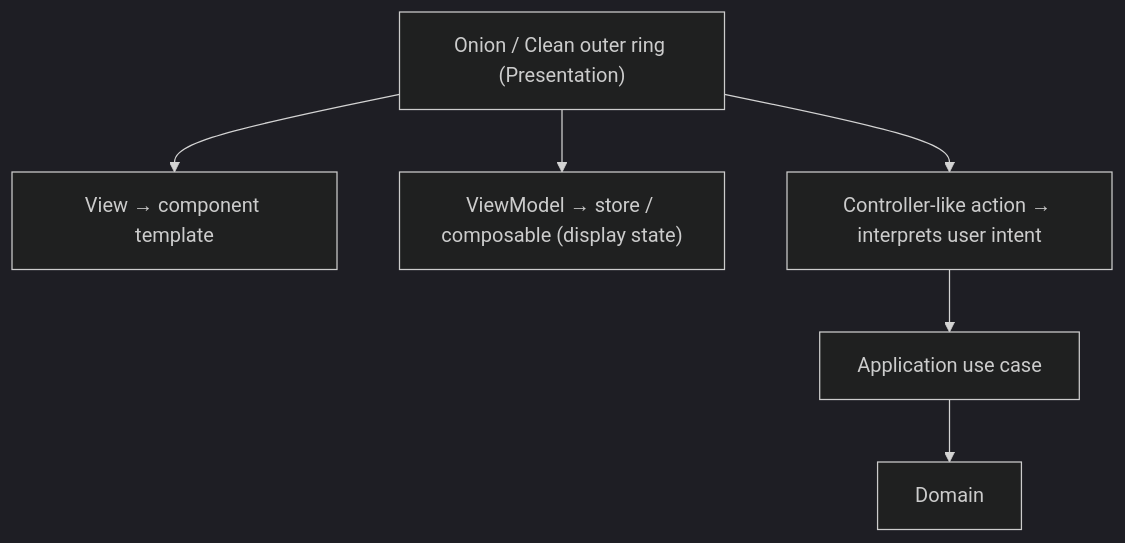
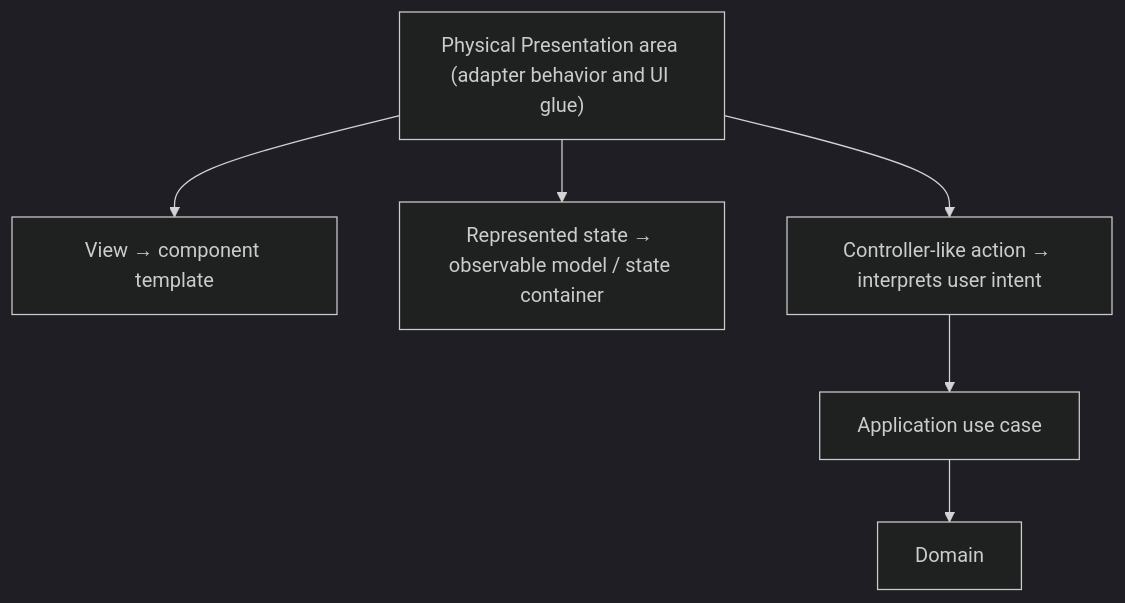
The second of 2 diagrams in model-view-controller/3-mvc-on-the-frontend.md (AndresTaoFlorez/software-architecture), drawn with Mermaid (dark theme) before and after one commit. The commit also changed other lines of this file and 12 other files, not shown here.

````diff
--- a/model-view-controller/3-mvc-on-the-frontend.md
+++ b/model-view-controller/3-mvc-on-the-frontend.md
@@ -67,13 +67,13 @@
 ```mermaid
 flowchart TD
-    N0["Onion / Clean outer ring (Presentation)"]
+    N0["Physical Presentation area (adapter behavior and UI glue)"]
     N1["View → component template"]
-    N2["ViewModel → store / composable (display state)"]
+    N2["Represented state → observable model / state container"]
     N3["Controller-like action → interprets user intent"]
     N4["Application use case"]
     N5["Domain"]
     N3 --> N4 --> N5
     N0 --> N1
     N0 --> N2
     N0 --> N3
 ```
````
